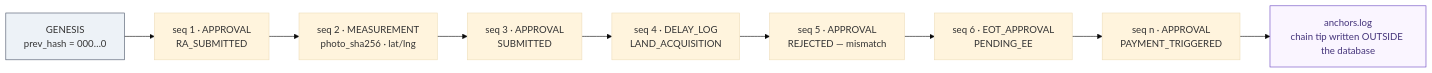
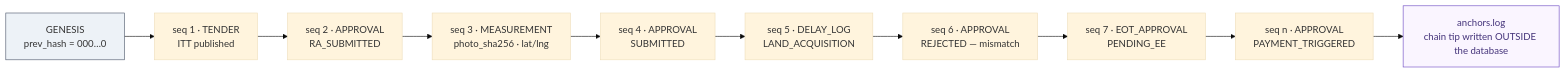
The sixth of 8 diagrams in docs/diagrams.md (yagsu123/Construction_workflow-management), drawn with Mermaid (base theme) before and after one commit. The commit also changed other lines of this file and 40 other files, not shown here.

````diff
--- a/docs/diagrams.md
+++ b/docs/diagrams.md
@@ -200,18 +270,19 @@
 ```mermaid
 flowchart LR
     G["GENESIS<br/>prev_hash = 000…0"]:::gen
-    B1["seq 1 · APPROVAL<br/>RA_SUBMITTED"]
-    B2["seq 2 · MEASUREMENT<br/>photo_sha256 · lat/lng"]
-    B3["seq 3 · APPROVAL<br/>SUBMITTED"]
-    B4["seq 4 · DELAY_LOG<br/>LAND_ACQUISITION"]
-    B5["seq 5 · APPROVAL<br/>REJECTED — mismatch"]
-    B6["seq 6 · EOT_APPROVAL<br/>PENDING_EE"]
+    B0["seq 1 · TENDER<br/>ITT published"]
+    B1["seq 2 · APPROVAL<br/>RA_SUBMITTED"]
+    B2["seq 3 · MEASUREMENT<br/>photo_sha256 · lat/lng"]
+    B3["seq 4 · APPROVAL<br/>SUBMITTED"]
+    B4["seq 5 · DELAY_LOG<br/>LAND_ACQUISITION"]
+    B5["seq 6 · APPROVAL<br/>REJECTED — mismatch"]
+    B6["seq 7 · EOT_APPROVAL<br/>PENDING_EE"]
     B7["seq n · APPROVAL<br/>PAYMENT_TRIGGERED"]
 
-    G --> B1 --> B2 --> B3 --> B4 --> B5 --> B6 --> B7
+    G --> B0 --> B1 --> B2 --> B3 --> B4 --> B5 --> B6 --> B7
 
     B7 --> ANC["anchors.log<br/>chain tip written OUTSIDE the database"]:::anc
 
     classDef gen fill:#edf2f7,stroke:#4a5568;
     classDef anc fill:#faf5ff,stroke:#6b46c1,color:#44337a;
 ```
````
